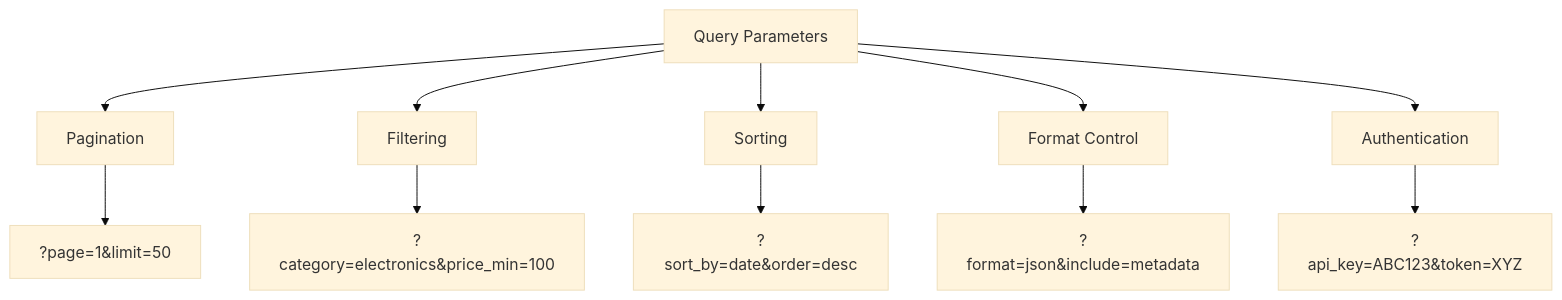
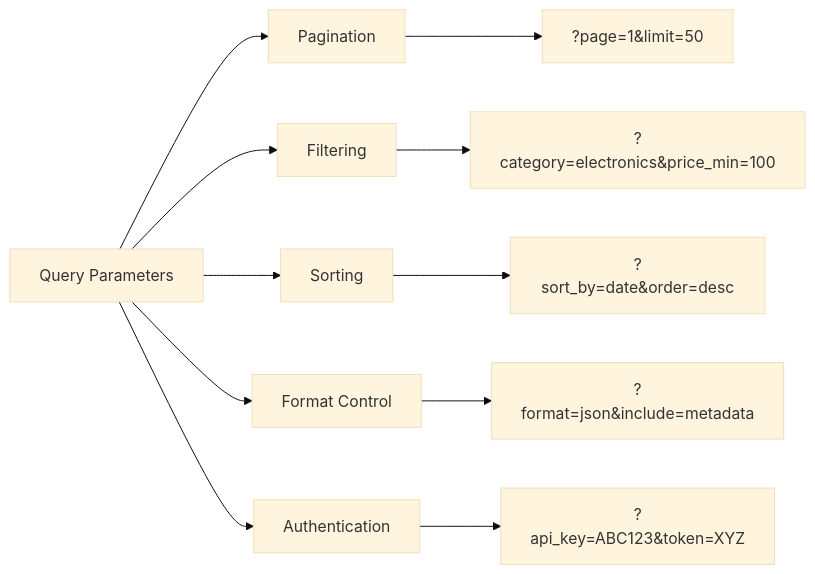
Before and after one commit to bytetunnels/bytetunnels.github.com: the third of 3 diagrams in _posts/2025-04-29-breaking-down-urls-what-each-part-means-for-scrapers.md, drawn with Mermaid (base theme). The commit also changed other lines of this file and 118 other files, not shown here.

Commit message:
feat: improve diagram styling and compact wide flowcharts

````diff
--- a/_posts/2025-04-29-breaking-down-urls-what-each-part-means-for-scrapers.md
+++ b/_posts/2025-04-29-breaking-down-urls-what-each-part-means-for-scrapers.md
@@ -149,14 +149,14 @@
 ```mermaid
-graph TB
+graph LR
     A[Query Parameters] --> B[Pagination]
     A --> C[Filtering]
     A --> D[Sorting]
     A --> E[Format Control]
     A --> F[Authentication]
-    
+
     B --> B1["?page=1&limit=50"]
     C --> C1["?category=electronics&price_min=100"]
     D --> D1["?sort_by=date&order=desc"]
     E --> E1["?format=json&include=metadata"]
     F --> F1["?api_key=ABC123&token=XYZ"]
 ```
````
